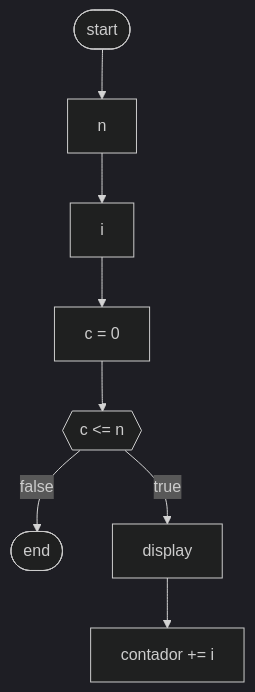
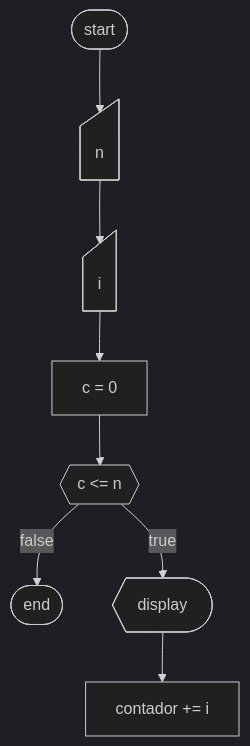
Before and after one commit to kf-martins-uel/algoritmos-atividade1: the second of 3 diagrams in Parte-3/README.md, drawn with Mermaid (dark theme). The commit also changed other lines of this file and 10 other files, not shown here.

````diff
--- a/Parte-3/README.md
+++ b/Parte-3/README.md
@@ -89,6 +98,6 @@
     ```mermaid
     flowchart TB
-        start([start]) --> n@{shape:manual-input} --> i@{shape:manual-input} --> contador["c = 0"] --> for{{"c <= n"}}
+        start([start]) --> n@{shape: manual-input} --> i@{shape: manual-input} --> contador["c = 0"] --> for{{"c <= n"}}
         for -->|false| fim([end])
-        for -->|true| display@{shape:display, label:contador} --> inc["contador += i"]
+        for -->|true| display@{shape: display, label:contador} --> inc["contador += i"]
     ```
````
